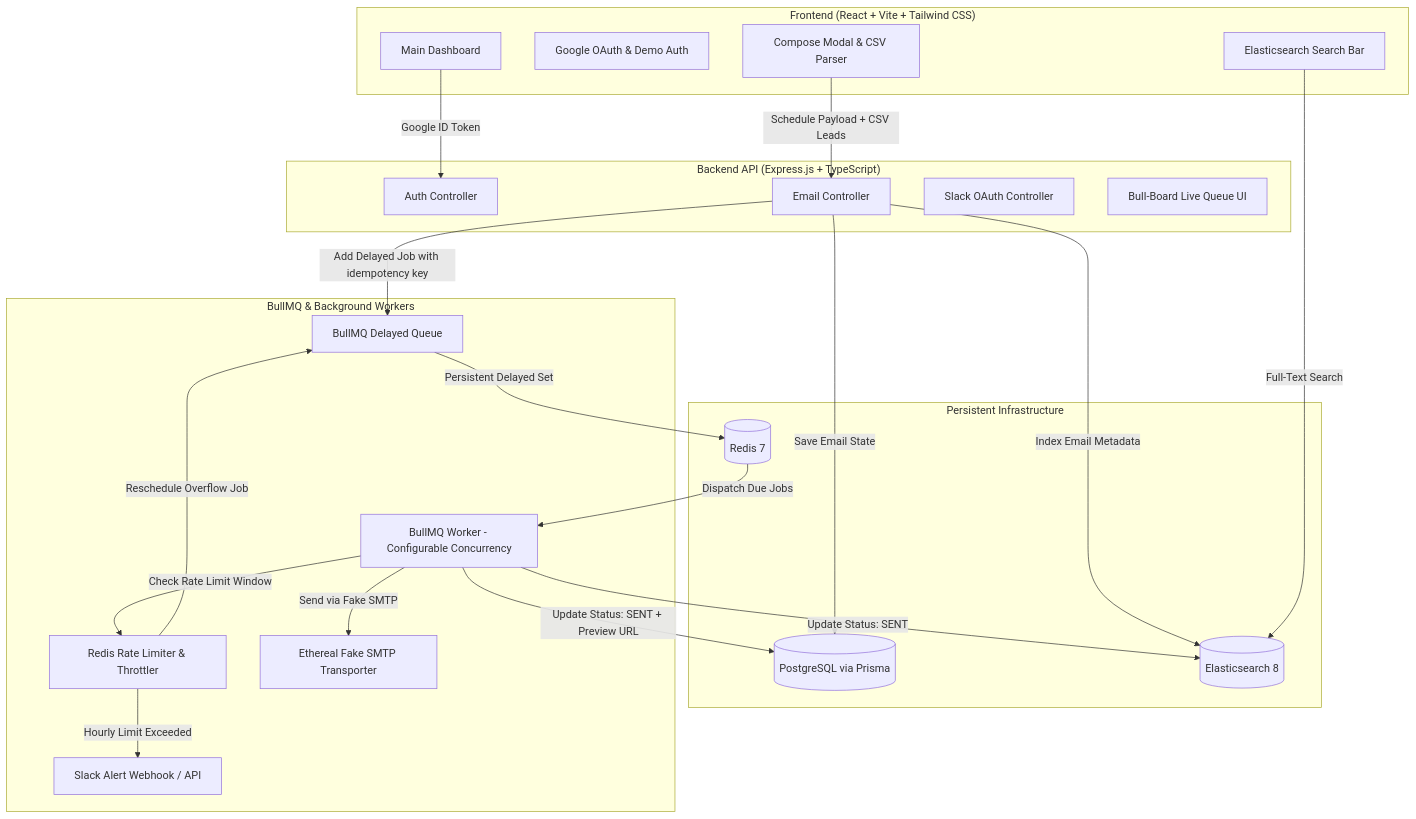
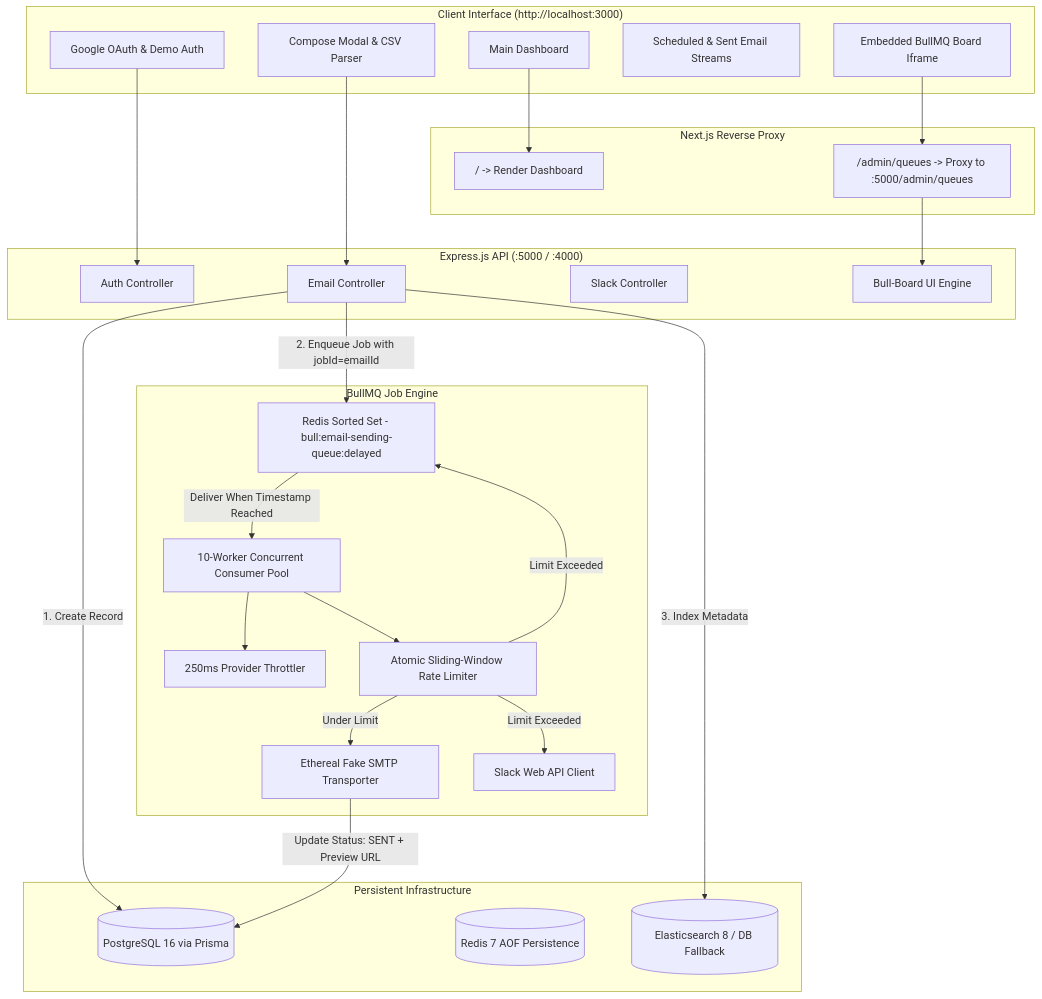
One commit to ramyamaguluri287-code/reachinbox-scheduler changed the first of 2 diagrams in README.md. Above: the diagram before and after it, drawn with Mermaid. The commit also changed other lines of this file, not shown here.

Commit message:
docs: create comprehensive production README with architecture, single-URL specs, API docs, schemas, and verification guides

````diff
--- a/README.md
+++ b/README.md
@@ -53,46 +52,55 @@
 ```mermaid
 flowchart TD
-    subgraph Frontend ["Frontend (React + Vite + Tailwind CSS)"]
+    subgraph Browser ["Client Interface (http://localhost:3000)"]
         UI[Main Dashboard]
         Login[Google OAuth & Demo Auth]
-        Compose[Compose Modal & CSV Parser]
-        SearchUI[Elasticsearch Search Bar]
+        Composer[Compose Modal & CSV Parser]
+        Inbox[Scheduled & Sent Email Streams]
+        QueueEmbed[Embedded BullMQ Board Iframe]
     end
 
-    subgraph Backend ["Backend API (Express.js + TypeScript)"]
+    subgraph ReverseProxy ["Next.js Reverse Proxy"]
+        AppRoute["/ -> Render Dashboard"]
+        AdminProxy["/admin/queues -> Proxy to :5000/admin/queues"]
+    end
+
+    subgraph BackendAPI ["Express.js API (:5000 / :4000)"]
         AuthCtrl[Auth Controller]
         EmailCtrl[Email Controller]
-        SlackCtrl[Slack OAuth Controller]
-        BullBoard[Bull-Board Live Queue UI]
+        SlackCtrl[Slack Controller]
+        BullAdmin[Bull-Board UI Engine]
     end
 
     subgraph Storage ["Persistent Infrastructure"]
-        Postgres[(PostgreSQL via Prisma)]
-        Redis[(Redis 7)]
-        ES[(Elasticsearch 8)]
+        Postgres[(PostgreSQL 16 via Prisma)]
+        Redis[(Redis 7 AOF Persistence)]
+        ES[(Elasticsearch 8 / DB Fallback)]
     end
 
-    subgraph Engine ["BullMQ & Background Workers"]
-        Queue[BullMQ Delayed Queue]
-        Worker[BullMQ Worker - Configurable Concurrency]
-        RL[Redis Rate Limiter & Throttler]
-        SlackService[Slack Alert Webhook / API]
+    subgraph QueueEngine ["BullMQ Job Engine"]
+        DelayedSet[Redis Sorted Set - bull:email-sending-queue:delayed]
+        WorkerPool[10-Worker Concurrent Consumer Pool]
+        Throttler[250ms Provider Throttler]
+        RateLimiter[Atomic Sliding-Window Rate Limiter]
         Ethereal[Ethereal Fake SMTP Transporter]
+        SlackAlert[Slack Web API Client]
     end
 
-    UI -->|Google ID Token| AuthCtrl
-    Compose -->|Schedule Payload + CSV Leads| EmailCtrl
-    EmailCtrl -->|Save Email State| Postgres
-    EmailCtrl -->|Add Delayed Job with idempotency key| Queue
-    EmailCtrl -->|Index Email Metadata| ES
-    SearchUI -->|Full-Text Search| ES
+    UI --> AppRoute
+    QueueEmbed --> AdminProxy
+    AdminProxy --> BullAdmin
 
-    Queue -->|Persistent Delayed Set| Redis
-    Redis -->|Dispatch Due Jobs| Worker
-    Worker -->|Check Rate Limit Window| RL
-    RL -->|Hourly Limit Exceeded| SlackService
-    RL -->|Reschedule Overflow Job| Queue
-    Worker -->|Send via Fake SMTP| Ethereal
-    Worker -->|Update Status: SENT + Preview URL| Postgres
-    Worker -->|Update Status: SENT| ES
+    Login --> AuthCtrl
+    Composer --> EmailCtrl
+    EmailCtrl -->|1. Create Record| Postgres
+    EmailCtrl -->|2. Enqueue Job with jobId=emailId| DelayedSet
+    EmailCtrl -->|3. Index Metadata| ES
+
+    DelayedSet -->|Deliver When Timestamp Reached| WorkerPool
+    WorkerPool --> Throttler
+    WorkerPool --> RateLimiter
+    RateLimiter -->|Under Limit| Ethereal
+    RateLimiter -->|Limit Exceeded| SlackAlert
+    RateLimiter -->|Limit Exceeded| DelayedSet
+    Ethereal -->|Update Status: SENT + Preview URL| Postgres
 ```
````
